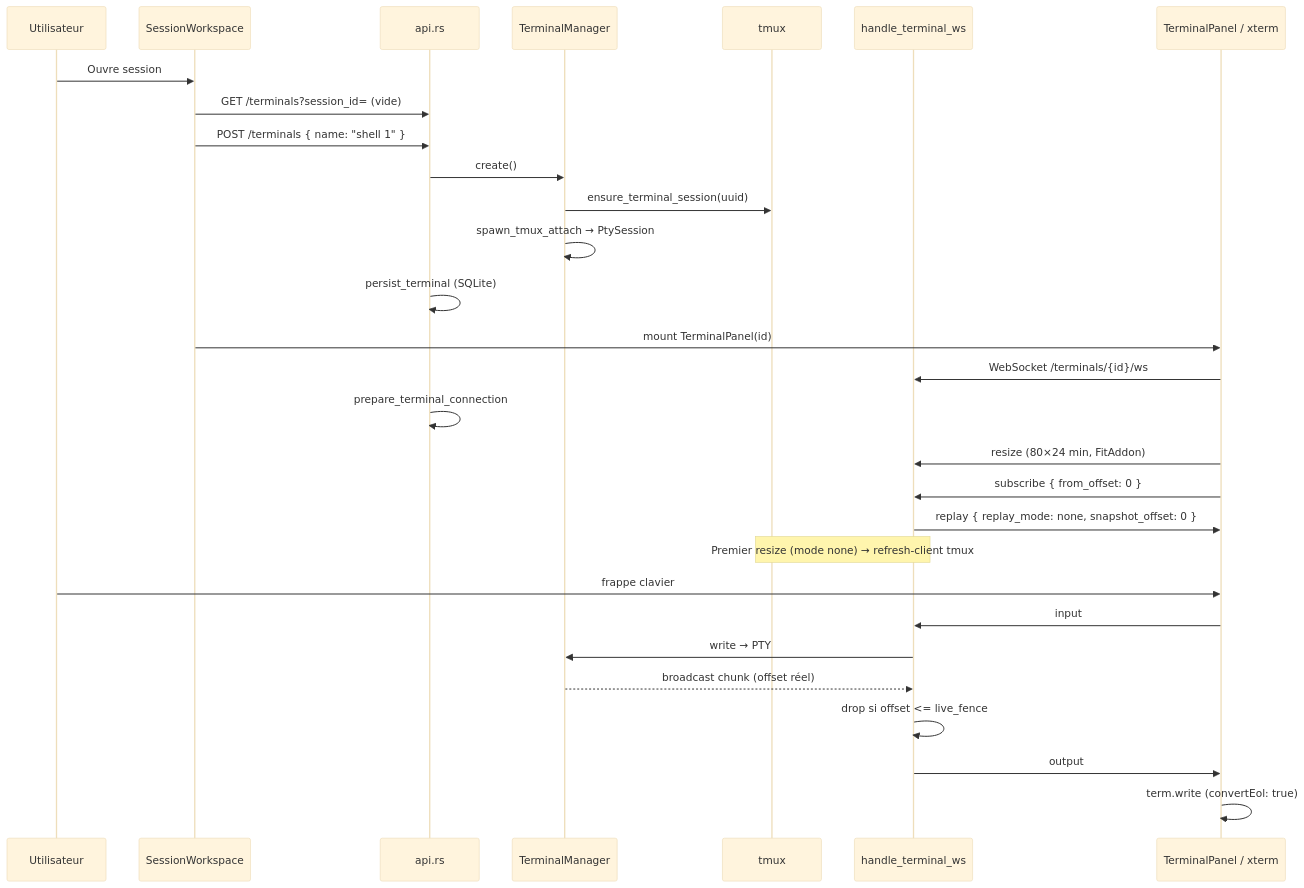
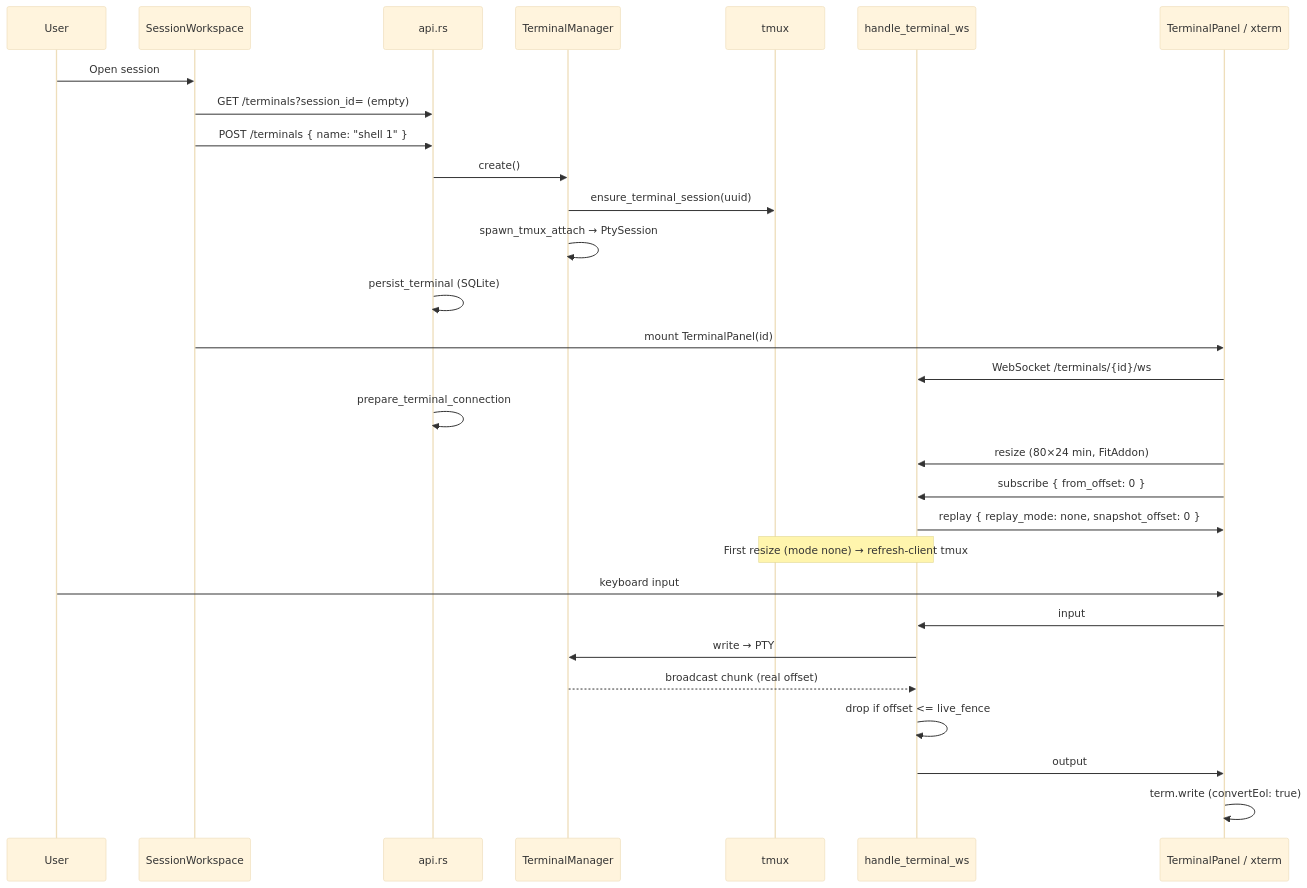
The second of 4 diagrams in docs/architecture/terminals.md (bunnyandcloud/bunny), drawn with Mermaid (base theme) before and after one commit. The commit also changed other lines of this file and 34 other files, not shown here.

````diff
--- a/docs/architecture/terminals.md
+++ b/docs/architecture/terminals.md
@@ -151,35 +151,35 @@
 ```mermaid
 sequenceDiagram
-  participant U as Utilisateur
+  participant U as User
   participant SW as SessionWorkspace
   participant API as api.rs
   participant TM as TerminalManager
   participant TX as tmux
   participant WS as handle_terminal_ws
   participant TP as TerminalPanel / xterm
 
-  U->>SW: Ouvre session
-  SW->>API: GET /terminals?session_id= (vide)
+  U->>SW: Open session
+  SW->>API: GET /terminals?session_id= (empty)
   SW->>API: POST /terminals { name: "shell 1" }
   API->>TM: create()
   TM->>TX: ensure_terminal_session(uuid)
   TM->>TM: spawn_tmux_attach → PtySession
   API->>API: persist_terminal (SQLite)
 
   SW->>TP: mount TerminalPanel(id)
   TP->>WS: WebSocket /terminals/{id}/ws
   API->>API: prepare_terminal_connection
 
   TP->>WS: resize (80×24 min, FitAddon)
   TP->>WS: subscribe { from_offset: 0 }
   WS->>TP: replay { replay_mode: none, snapshot_offset: 0 }
-  Note over WS,TX: Premier resize (mode none) → refresh-client tmux
+  Note over WS,TX: First resize (mode none) → refresh-client tmux
 
-  U->>TP: frappe clavier
+  U->>TP: keyboard input
   TP->>WS: input
   WS->>TM: write → PTY
-  TM-->>WS: broadcast chunk (offset réel)
-  WS->>WS: drop si offset <= live_fence
+  TM-->>WS: broadcast chunk (real offset)
+  WS->>WS: drop if offset <= live_fence
   WS->>TP: output
   TP->>TP: term.write (convertEol: true)
 ```
````
